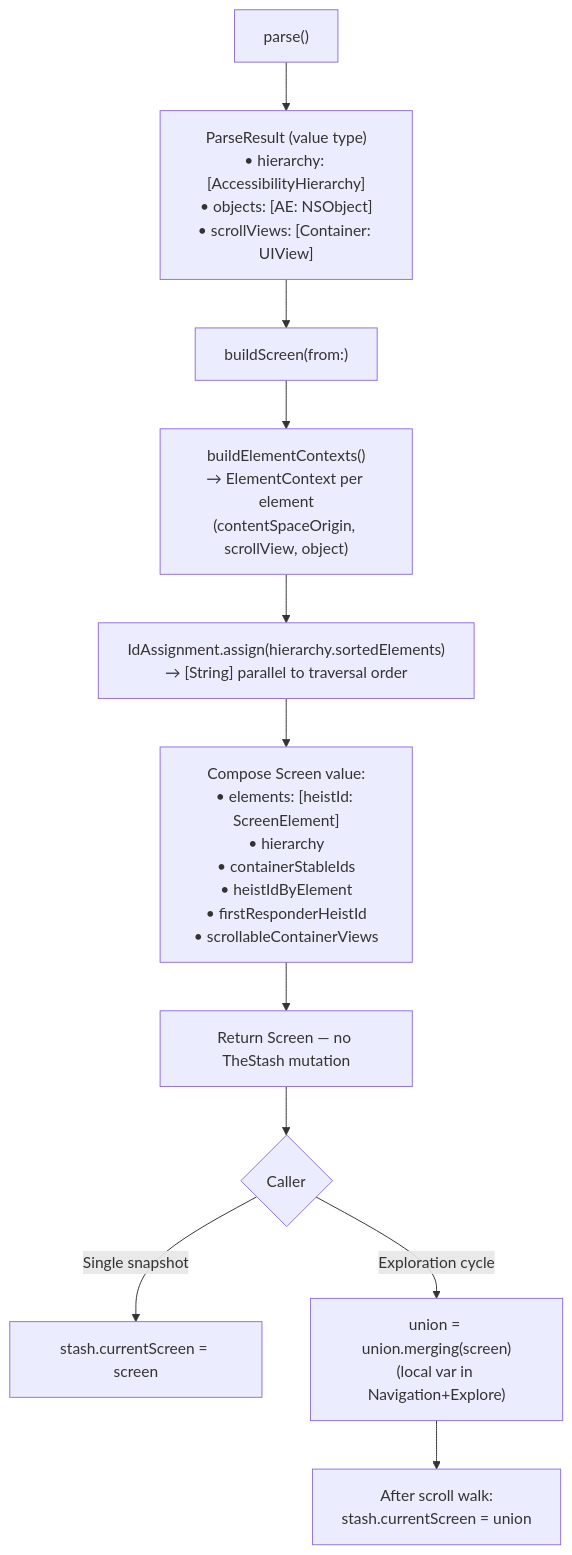
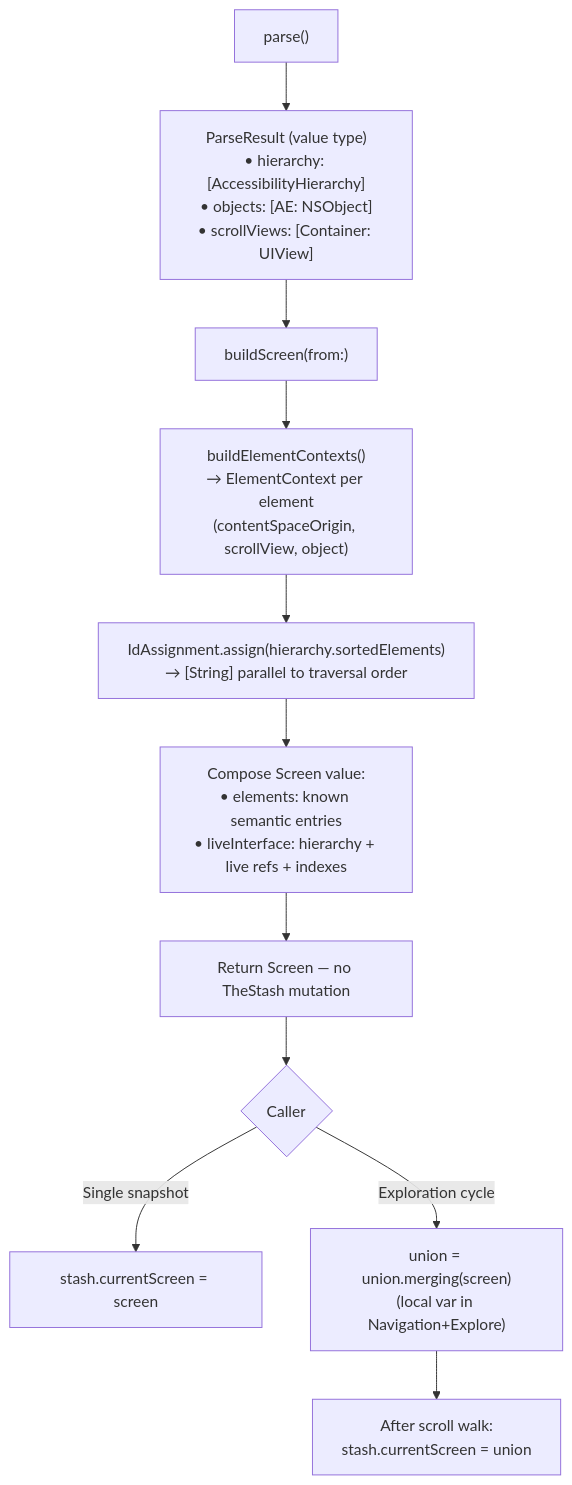
One commit to RoyalPineapple/TheButtonHeist changed the diagram in docs/dossiers/10-THEBURGLAR.md. Above: the diagram before and after it, drawn with Mermaid. The commit also changed other lines of this file and 79 other files, not shown here.

````diff
--- a/docs/dossiers/10-THEBURGLAR.md
+++ b/docs/dossiers/10-THEBURGLAR.md
@@ -19,15 +19,15 @@
 ```mermaid
 flowchart TD
     Parse["parse()"] --> PR["ParseResult (value type)<br/>• hierarchy: [AccessibilityHierarchy]<br/>• objects: [AE: NSObject]<br/>• scrollViews: [Container: UIView]"]
 
     PR --> Build["buildScreen(from:)"]
     Build --> Walk["buildElementContexts()<br/>→ ElementContext per element<br/>(contentSpaceOrigin, scrollView, object)"]
     Walk --> IDs["IdAssignment.assign(hierarchy.sortedElements)<br/>→ [String] parallel to traversal order"]
-    IDs --> Compose["Compose Screen value:<br/>• elements: [heistId: ScreenElement]<br/>• hierarchy<br/>• containerStableIds<br/>• heistIdByElement<br/>• firstResponderHeistId<br/>• scrollableContainerViews"]
+    IDs --> Compose["Compose Screen value:<br/>• elements: known semantic entries<br/>• liveInterface: hierarchy + live refs + indexes"]
     Compose --> Return["Return Screen — no TheStash mutation"]
 
     Return --> Caller{Caller}
     Caller -->|Single snapshot| Commit["stash.currentScreen = screen"]
     Caller -->|Exploration cycle| Union["union = union.merging(screen)<br/>(local var in Navigation+Explore)"]
     Union --> Final["After scroll walk:<br/>stash.currentScreen = union"]
 ```
````
